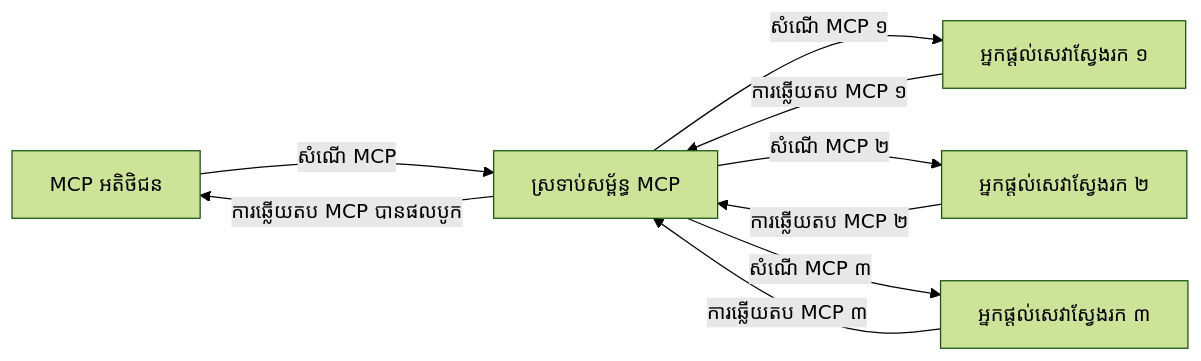
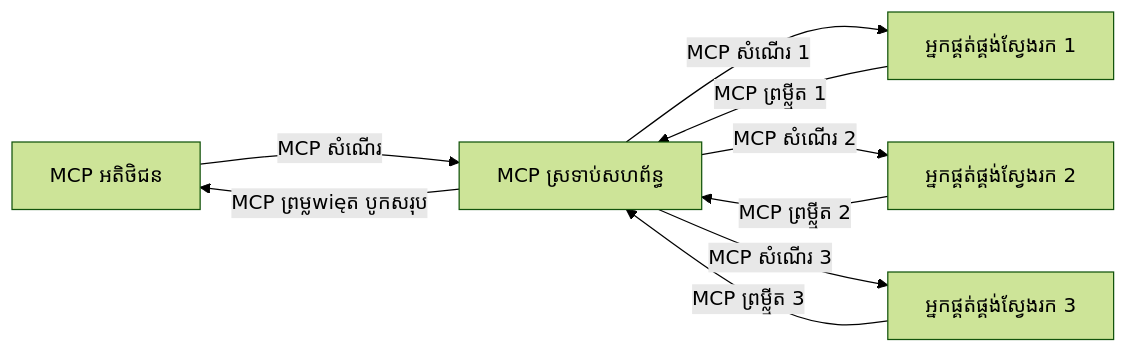
One commit to HIDORAKAI002/ai-workspace-archive changed the third of 4 diagrams in mcp_ecosystem__model_context_protocol/mcp_learning_resources/mcp-for-beginners/translations/km/05-AdvancedTopics/mcp-realtimesearch/README.md. Above: the diagram before and after it, drawn with Mermaid (forest theme). The commit also changed other lines of this file and 1539 other files, not shown here.

````diff
--- a/mcp_ecosystem__model_context_protocol/mcp_learning_resources/mcp-for-beginners/translations/km/05-AdvancedTopics/mcp-realtimesearch/README.md
+++ b/mcp_ecosystem__model_context_protocol/mcp_learning_resources/mcp-for-beginners/translations/km/05-AdvancedTopics/mcp-realtimesearch/README.md
@@ -603,11 +605,11 @@
 ```mermaid
 graph LR
-    Client[MCP អតិថិជន] --> |សំណើ MCP| Federation[ស្រទាប់សម្ព័ន្ធ MCP]
-    Federation --> |សំណើ MCP ១| Search1[អ្នកផ្ដល់សេវាស្វែងរក ១]
-    Federation --> |សំណើ MCP ២| Search2[អ្នកផ្ដល់សេវាស្វែងរក ២]
-    Federation --> |សំណើ MCP ៣| Search3[អ្នកផ្ដល់សេវាស្វែងរក ៣]
-    Search1 --> |ការឆ្លើយតប MCP ១| Federation
-    Search2 --> |ការឆ្លើយតប MCP ២| Federation
-    Search3 --> |ការឆ្លើយតប MCP ៣| Federation
-    Federation --> |ការឆ្លើយតប MCP បានផលបូក| Client
-```  
+    Client[MCP អតិថិជន] --> |MCP សំណើរ| Federation[MCP ស្រទាប់សហព័ន្ធ]
+    Federation --> |MCP សំណើរ 1| Search1[អ្នកផ្គត់ផ្គង់ស្វែងរក 1]
+    Federation --> |MCP សំណើរ 2| Search2[អ្នកផ្គត់ផ្គង់ស្វែងរក 2]
+    Federation --> |MCP សំណើរ 3| Search3[អ្នកផ្គត់ផ្គង់ស្វែងរក 3]
+    Search1 --> |MCP ព្រម្ល្មីត 1| Federation
+    Search2 --> |MCP ព្រម្ល្មីត 2| Federation
+    Search3 --> |MCP ព្រម្ល្មីត 3| Federation
+    Federation --> |MCP ព្រម្លwięត បូកសរុប| Client
+```
````
